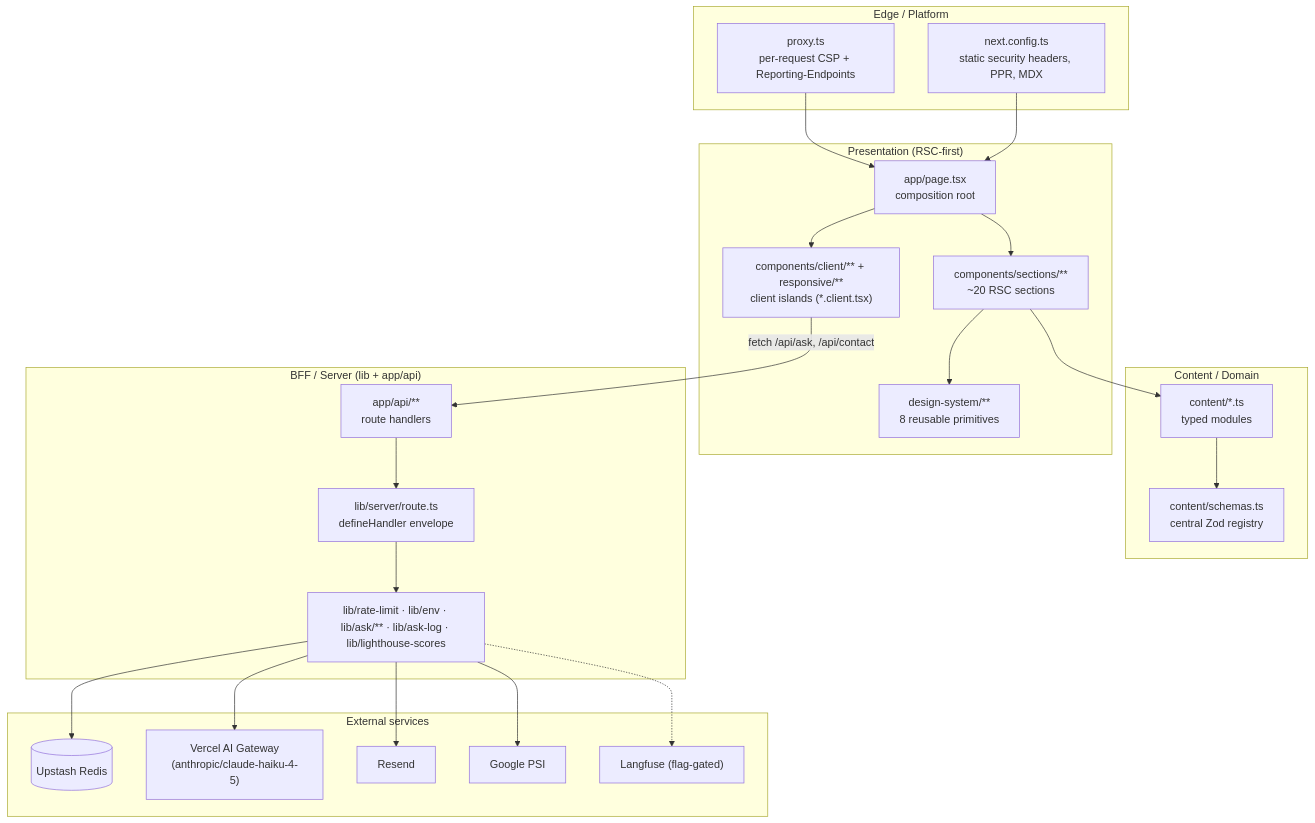
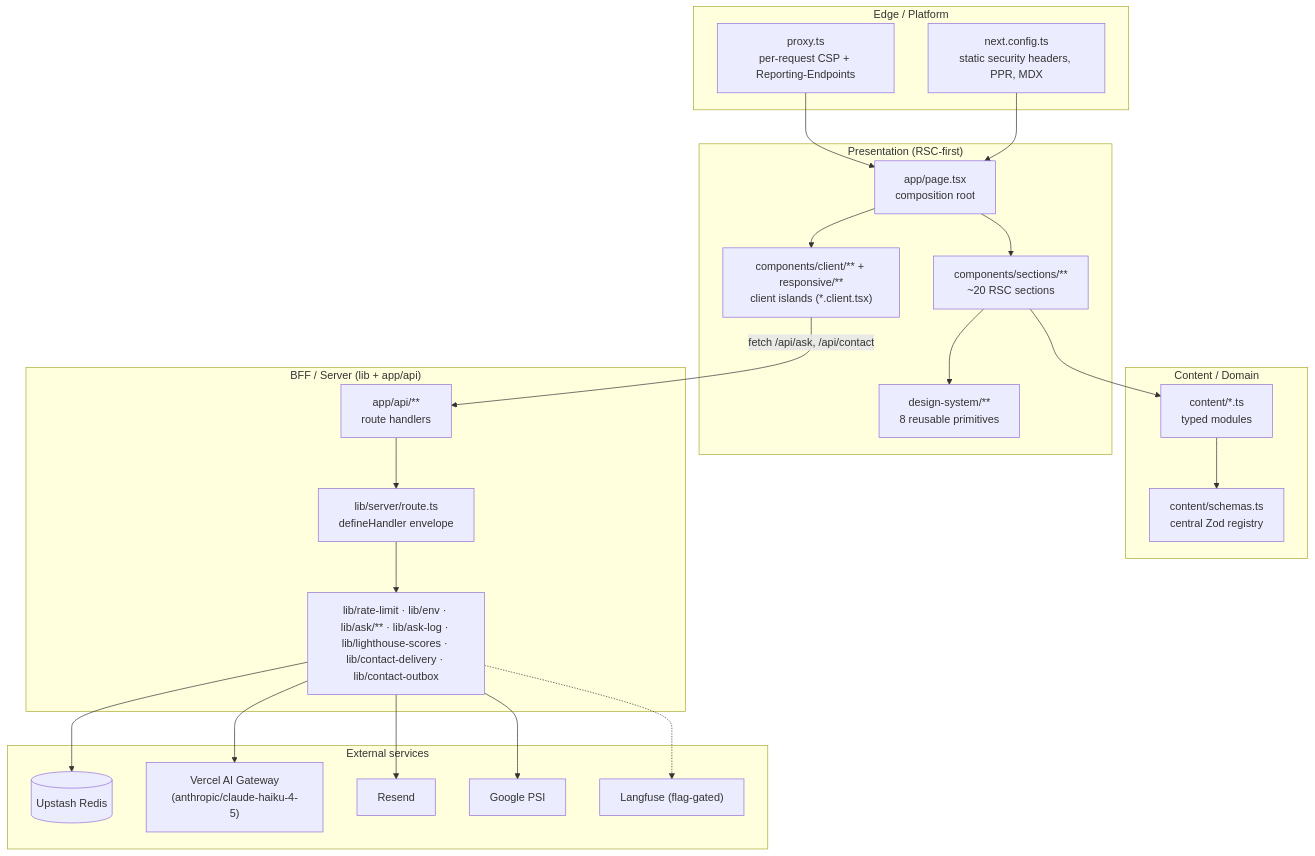
One commit to erikunha/portfolio changed the first of 3 diagrams in docs/01-architecture.md. Above: the diagram before and after it, drawn with Mermaid. The commit also changed other lines of this file and 21 other files, not shown here.

First line of the commit message:
feat(contact): honest delivery result and daily outbox retry

````diff
--- a/docs/01-architecture.md
+++ b/docs/01-architecture.md
@@ -15,42 +15,42 @@
 ```mermaid
 flowchart TB
     subgraph edge["Edge / Platform"]
         proxy["proxy.ts<br/>per-request CSP + Reporting-Endpoints"]
         cfg["next.config.ts<br/>static security headers, PPR, MDX"]
     end
     subgraph present["Presentation (RSC-first)"]
         page["app/page.tsx<br/>composition root"]
         sections["components/sections/**<br/>~20 RSC sections"]
         islands["components/client/** + responsive/**<br/>client islands (*.client.tsx)"]
         ds["design-system/**<br/>8 reusable primitives"]
     end
     subgraph content["Content / Domain"]
         cmods["content/*.ts<br/>typed modules"]
         schemas["content/schemas.ts<br/>central Zod registry"]
     end
     subgraph bff["BFF / Server (lib + app/api)"]
         api["app/api/**<br/>route handlers"]
         handler["lib/server/route.ts<br/>defineHandler envelope"]
-        libcore["lib/rate-limit · lib/env · lib/ask/** · lib/ask-log · lib/lighthouse-scores"]
+        libcore["lib/rate-limit · lib/env · lib/ask/** · lib/ask-log · lib/lighthouse-scores · lib/contact-delivery · lib/contact-outbox"]
     end
     subgraph ext["External services"]
         redis[("Upstash Redis")]
         gw["Vercel AI Gateway<br/>(anthropic/claude-haiku-4-5)"]
         resend["Resend"]
         psi["Google PSI"]
         lf["Langfuse (flag-gated)"]
     end
 
     proxy --> page
     cfg --> page
     page --> sections --> ds
     page --> islands
     sections --> cmods --> schemas
     islands -->|fetch /api/ask, /api/contact| api
     api --> handler --> libcore
     libcore --> redis
     libcore --> gw
     libcore --> resend
     libcore --> psi
     libcore -.-> lf
 ```
````
